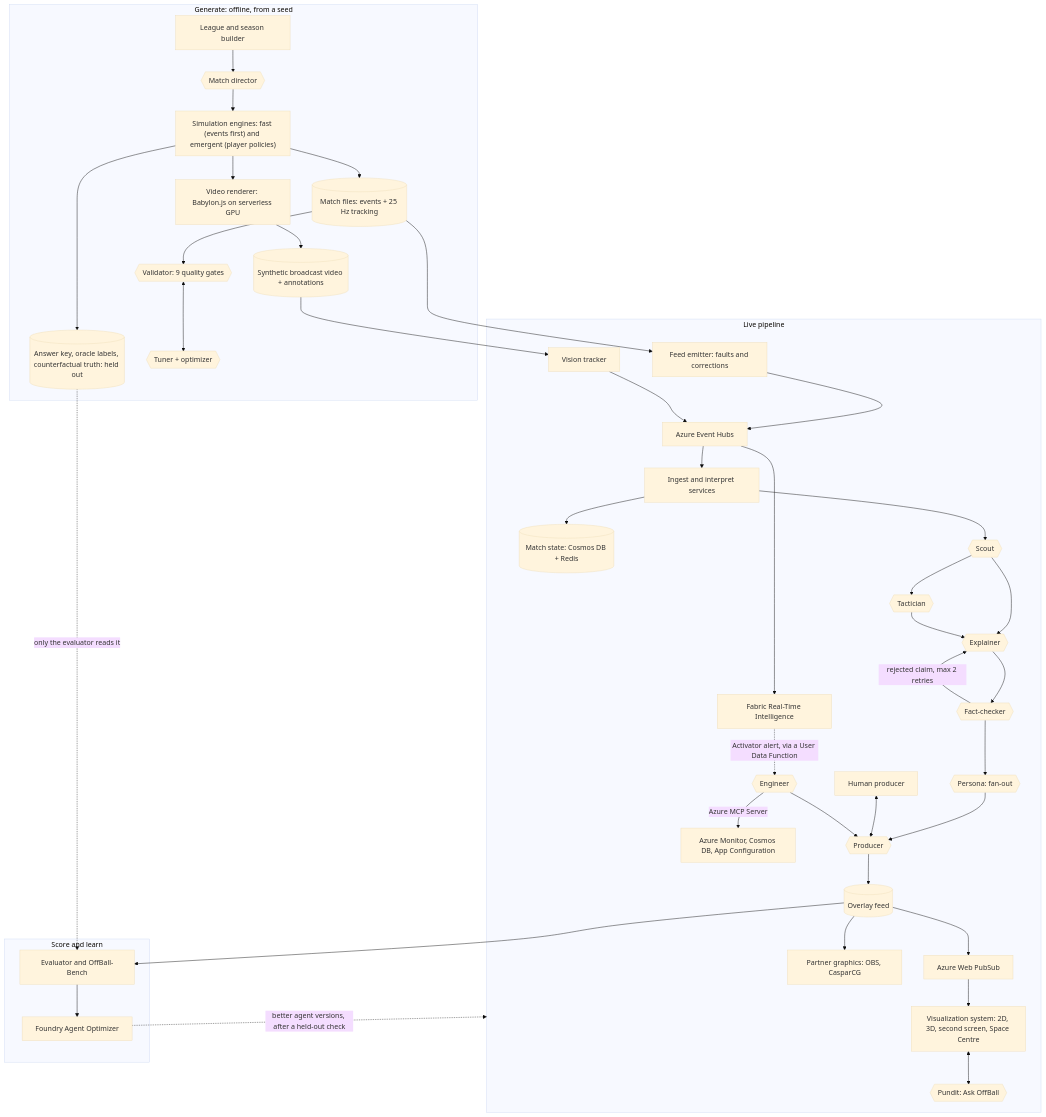
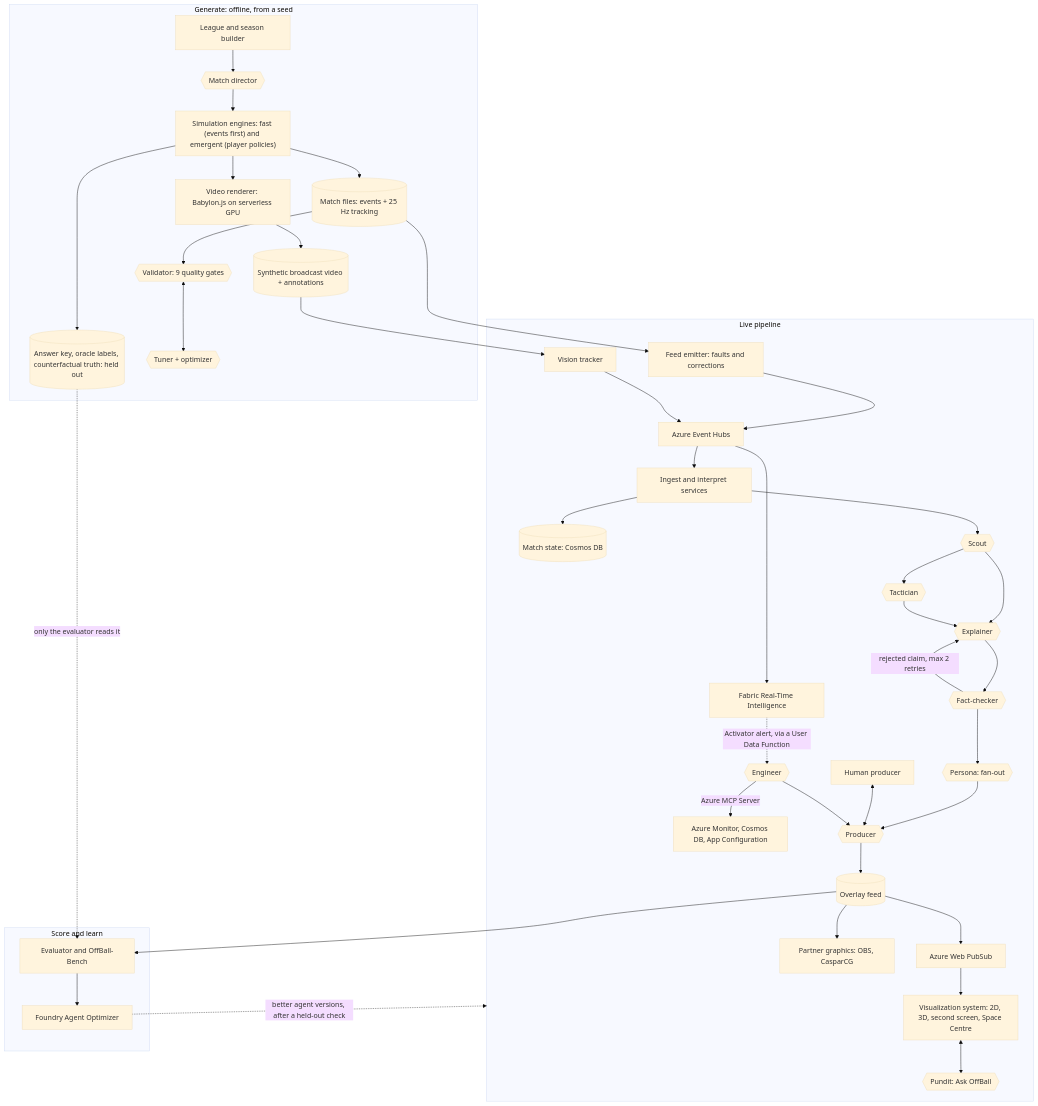
The first of 5 diagrams in PRD.md (FelixMatrixar/OffBall), drawn with Mermaid (base theme) before and after one commit. The commit also changed other lines of this file and 1 other file, not shown here.

````diff
--- a/PRD.md
+++ b/PRD.md
@@ -428,44 +428,44 @@
 ```mermaid
 flowchart TB
   subgraph GEN["Generate: offline, from a seed"]
     LB["League and season builder"] --> MD{{"Match director"}}
     MD --> ENG["Simulation engines: fast (events first) and emergent (player policies)"]
     ENG --> MF[("Match files: events + 25 Hz tracking")]
     ENG --> AK[("Answer key, oracle labels, counterfactual truth: held out")]
     ENG --> VR["Video renderer: Babylon.js on serverless GPU"]
     VR --> VID[("Synthetic broadcast video + annotations")]
     MF --> VA{{"Validator: 9 quality gates"}}
     VA <--> TU{{"Tuner + optimizer"}}
   end
   subgraph LIVE["Live pipeline"]
     FE["Feed emitter: faults and corrections"] --> EH["Azure Event Hubs"]
     VID --> CV["Vision tracker"] --> EH
     EH --> IN["Ingest and interpret services"]
     EH --> FAB["Fabric Real-Time Intelligence"]
-    IN --> MS[("Match state: Cosmos DB + Redis")]
+    IN --> MS[("Match state: Cosmos DB")]
     IN --> SC{{"Scout"}}
     SC --> TA{{"Tactician"}}
     SC --> EX{{"Explainer"}}
     TA --> EX
     EX --> FC{{"Fact-checker"}}
     FC -- "rejected claim, max 2 retries" --> EX
     FC --> PE{{"Persona: fan-out"}}
     PE --> PR{{"Producer"}}
     HP["Human producer"] <--> PR
     PR --> OF[("Overlay feed")]
     OF --> WPS["Azure Web PubSub"]
     WPS --> UI["Visualization system: 2D, 3D, second screen, Space Centre"]
     OF --> PG["Partner graphics: OBS, CasparCG"]
     UI <--> PU{{"Pundit: Ask OffBall"}}
     FAB -. "Activator alert, via a User Data Function" .-> OPS{{"Engineer"}}
     OPS -- "Azure MCP Server" --> AZ["Azure Monitor, Cosmos DB, App Configuration"]
     OPS --> PR
   end
   subgraph SCORE["Score and learn"]
     EV["Evaluator and OffBall-Bench"] --> AO["Foundry Agent Optimizer"]
   end
   MF --> FE
   OF --> EV
   AK -. "only the evaluator reads it" .-> EV
   AO -. "better agent versions, after a held-out check" .-> LIVE
 ```
````
